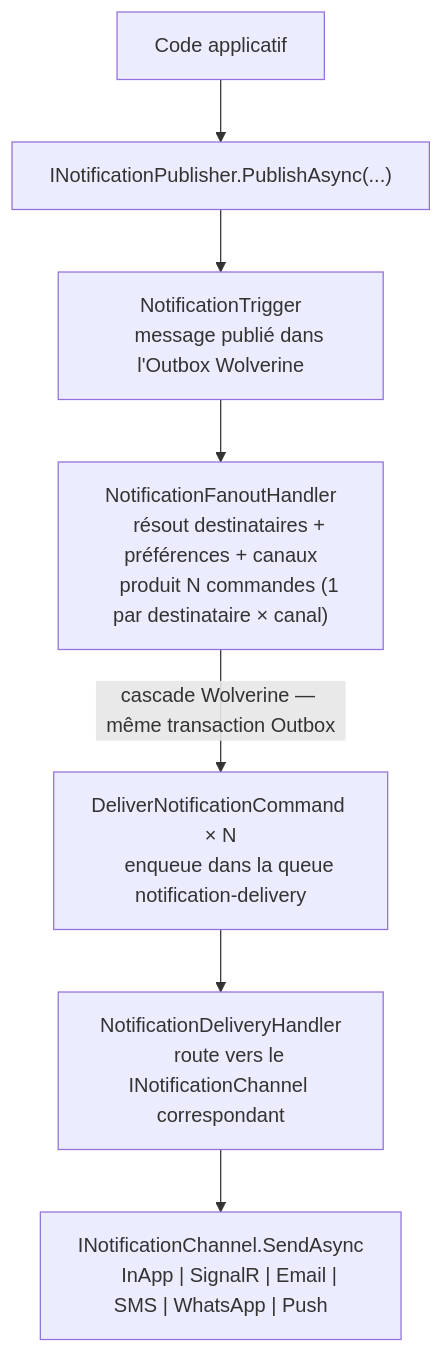
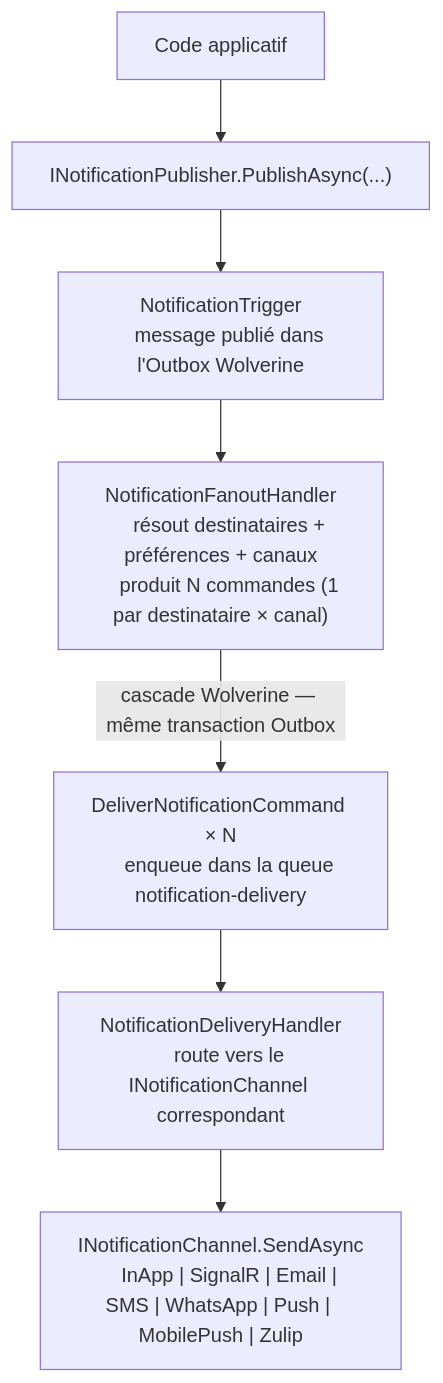
One commit to enraiz/granit-dotnet changed the diagram in docs/framework/messaging/notifications.md. Above: the diagram before and after it, drawn with Mermaid. The commit also changed other lines of this file and 51 other files, not shown here.

First line of the commit message:
feat(notifications): ajouter les canaux MobilePush et Zulip

````diff
--- a/docs/framework/messaging/notifications.md
+++ b/docs/framework/messaging/notifications.md
@@ -24,15 +27,15 @@
 ```mermaid
 flowchart TD
     A["Code applicatif"] --> B["INotificationPublisher.PublishAsync(...)"]
     B --> C["NotificationTrigger
     message publié dans l'Outbox Wolverine"]
     C --> D["NotificationFanoutHandler
     résout destinataires + préférences + canaux
     produit N commandes (1 par destinataire × canal)"]
     D -- "cascade Wolverine — même transaction Outbox" --> E["DeliverNotificationCommand × N
     enqueue dans la queue notification-delivery"]
     E --> F["NotificationDeliveryHandler
     route vers le INotificationChannel correspondant"]
     F --> G["INotificationChannel.SendAsync
-    InApp | SignalR | Email | SMS | WhatsApp | Push"]
+    InApp | SignalR | Email | SMS | WhatsApp | Push | MobilePush | Zulip"]
 ```
````
